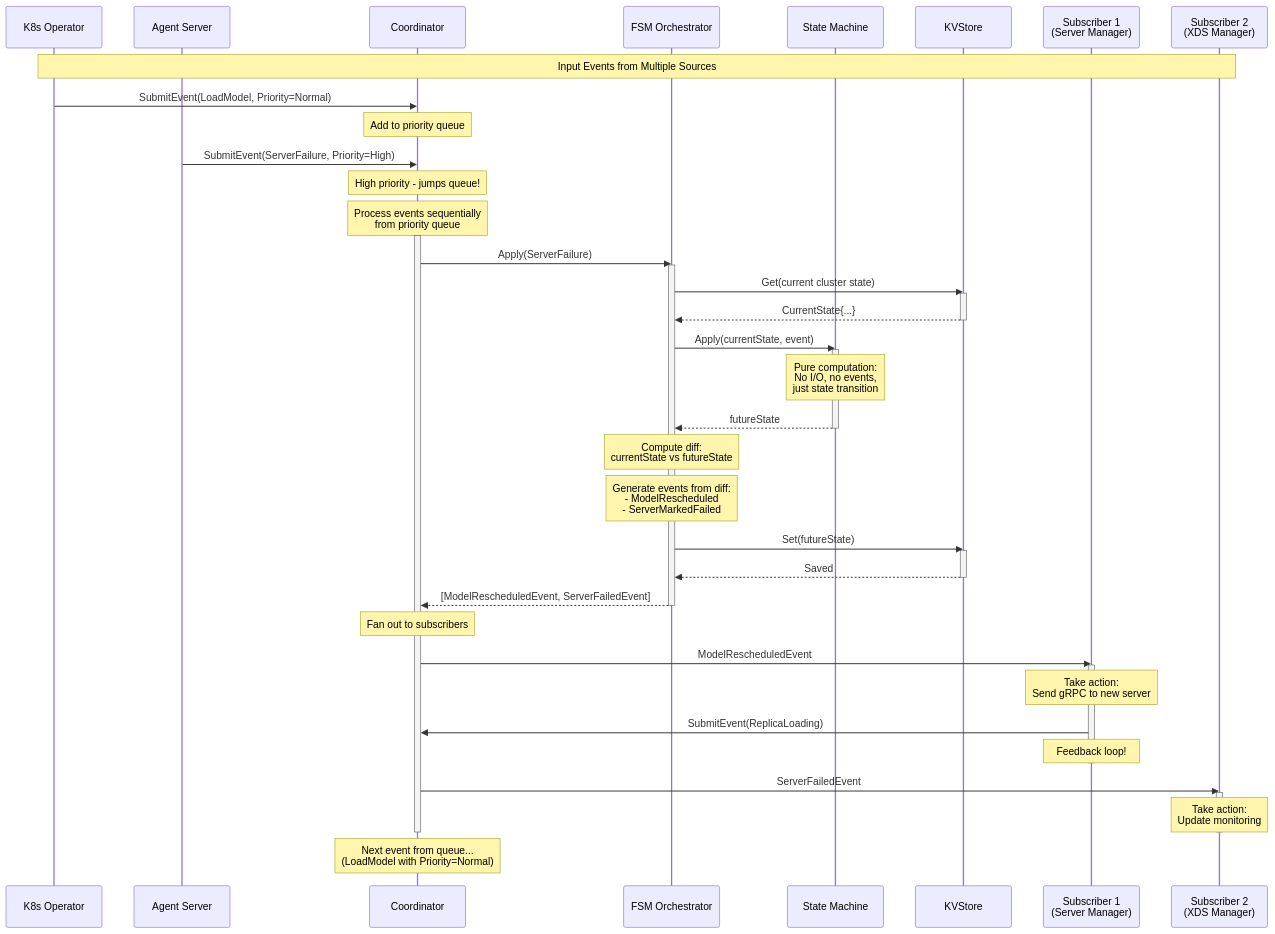
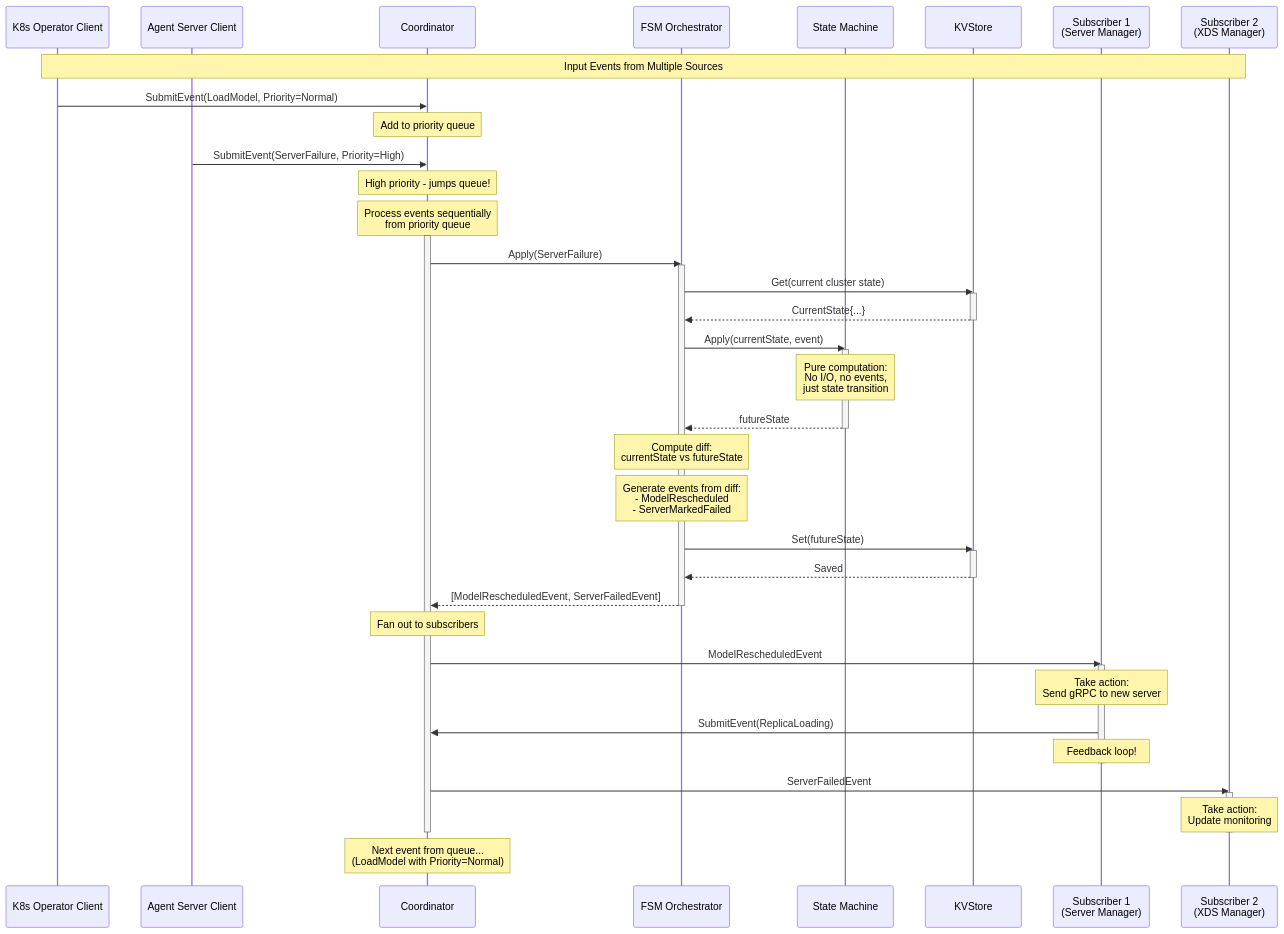
The diagram in scheduler/pkg/fsm/DESIGN.md (SeldonIO/seldon-core), drawn with Mermaid before and after one commit. The commit also changed other lines of this file, not shown here.

````diff
--- a/scheduler/pkg/fsm/DESIGN.md
+++ b/scheduler/pkg/fsm/DESIGN.md
@@ -123,65 +124,65 @@
 ```mermaid
 sequenceDiagram
-    participant K8s as K8s Operator
-    participant Server as Agent Server
+    participant K8s as K8s Operator Client
+    participant Server as Agent Server Client
     participant Coord as Coordinator
     participant FSM as FSM Orchestrator
     participant SM as State Machine
     participant Store as KVStore
     participant Sub1 as Subscriber 1<br/>(Server Manager)
     participant Sub2 as Subscriber 2<br/>(XDS Manager)
 
     Note over K8s,Sub2: Input Events from Multiple Sources
 
     K8s->>Coord: SubmitEvent(LoadModel, Priority=Normal)
     Note over Coord: Add to priority queue
 
     Server->>Coord: SubmitEvent(ServerFailure, Priority=High)
     Note over Coord: High priority - jumps queue!
 
     Note over Coord: Process events sequentially<br/>from priority queue
 
     activate Coord
     Coord->>FSM: Apply(ServerFailure)
     activate FSM
 
     FSM->>Store: Get(current cluster state)
     activate Store
     Store-->>FSM: CurrentState{...}
     deactivate Store
 
     FSM->>SM: Apply(currentState, event)
     activate SM
     Note over SM: Pure computation:<br/>No I/O, no events,<br/>just state transition
     SM-->>FSM: futureState
     deactivate SM
 
     Note over FSM: Compute diff:<br/>currentState vs futureState
     Note over FSM: Generate events from diff:<br/>- ModelRescheduled<br/>- ServerMarkedFailed
 
     FSM->>Store: Set(futureState)
     activate Store
     Store-->>FSM: Saved
     deactivate Store
 
     FSM-->>Coord: [ModelRescheduledEvent, ServerFailedEvent]
     deactivate FSM
 
     Note over Coord: Fan out to subscribers
 
     Coord->>Sub1: ModelRescheduledEvent
     activate Sub1
     Note over Sub1: Take action:<br/>Send gRPC to new server
     Sub1->>Coord: SubmitEvent(ReplicaLoading)
     Note over Sub1: Feedback loop!
     deactivate Sub1
 
     Coord->>Sub2: ServerFailedEvent
     activate Sub2
     Note over Sub2: Take action:<br/>Update monitoring
     deactivate Sub2
 
     deactivate Coord
 
     Note over Coord: Next event from queue...<br/>(LoadModel with Priority=Normal)
 ```
````
